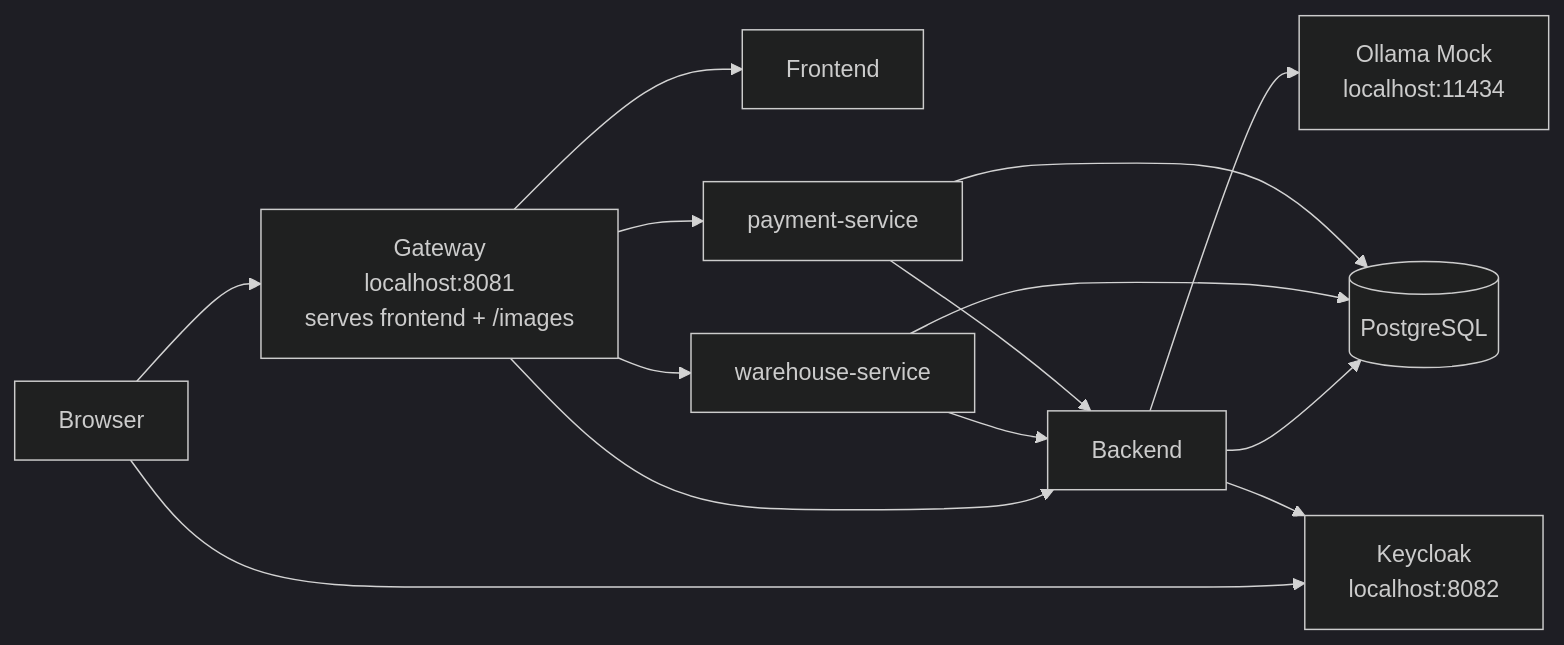
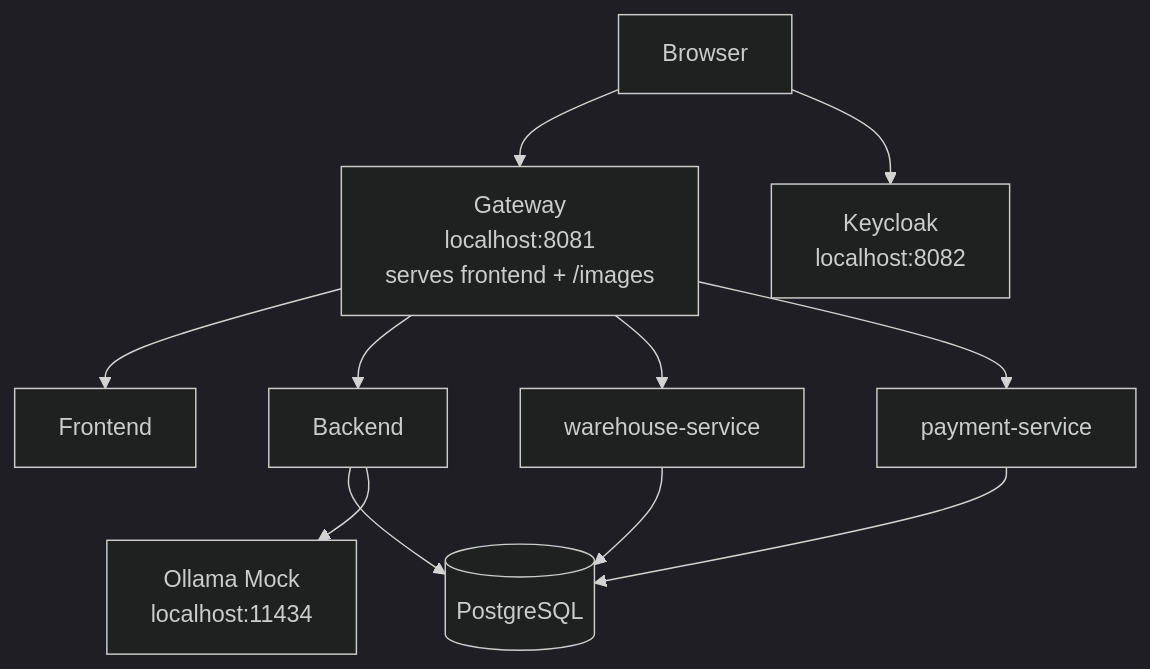
The diagram in docs/STUDENT_GUIDE.md (slawekradzyminski/awesome-localstack), drawn with Mermaid (dark theme) before and after one commit. The commit also changed 19 other files, not shown here.

First line of the commit message:
Review every wiki diagram by eye and redraw the unclear ones

````diff
--- a/docs/STUDENT_GUIDE.md
+++ b/docs/STUDENT_GUIDE.md
@@ -46,26 +46,13 @@
 ```mermaid
-flowchart LR
-    U[Browser]
-    G[Gateway<br/>localhost:8081<br/>serves frontend + /images]
-    F[Frontend]
-    B[Backend]
-    W[warehouse-service]
-    PS[payment-service]
-    P[(PostgreSQL)]
-    K[Keycloak<br/>localhost:8082]
-    O[Ollama Mock<br/>localhost:11434]
-
-    U --> G
-    U --> K
-    G --> F
-    G --> B
-    G --> W
-    G --> PS
-    W --> B
-    PS --> B
-    B --> P
+flowchart TB
+    U[Browser] --> G[Gateway<br/>localhost:8081<br/>serves frontend + /images]
+    U --> K[Keycloak<br/>localhost:8082]
+    G --> F[Frontend]
+    G --> B[Backend]
+    G --> W[warehouse-service]
+    G --> PS[payment-service]
+    B --> P[(PostgreSQL)]
     W --> P
     PS --> P
-    B --> K
-    B --> O
+    B --> O[Ollama Mock<br/>localhost:11434]
 ```
````
